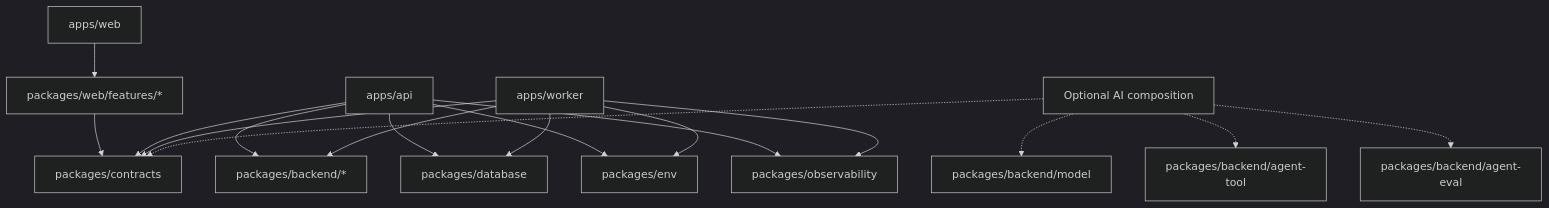
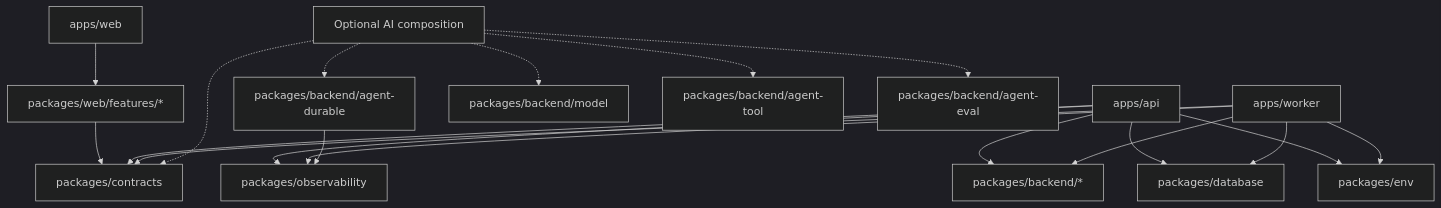
The first of 3 diagrams in wiki/Architecture.md (kaleigh-dem/steady-stack), drawn with Mermaid (dark theme) before and after one commit. The commit also changed other lines of this file and 21 other files, not shown here.

First line of the commit message:
feat(agent): add optional durable execution (#70)

````diff
--- a/wiki/Architecture.md
+++ b/wiki/Architecture.md
@@ -41,19 +41,21 @@
 ```mermaid
 flowchart TB
   WebApp[apps/web] --> WebFeature[packages/web/features/*]
   WebFeature --> Contracts[packages/contracts]
   ApiApp[apps/api] --> Domain[packages/backend/*]
   ApiApp --> Database[packages/database]
   ApiApp --> Contracts
   ApiApp --> Env[packages/env]
   ApiApp --> Obs[packages/observability]
   WorkerApp[apps/worker] --> Domain
   WorkerApp --> Database
   WorkerApp --> Contracts
   WorkerApp --> Env
   WorkerApp --> Obs
   OptionalAI[Optional AI composition] -.-> Model[packages/backend/model]
   OptionalAI -.-> Tools[packages/backend/agent-tool]
   OptionalAI -.-> Eval[packages/backend/agent-eval]
+  OptionalAI -.-> Durable[packages/backend/agent-durable]
+  Durable --> Obs
   OptionalAI -.-> Contracts
 ```
````
